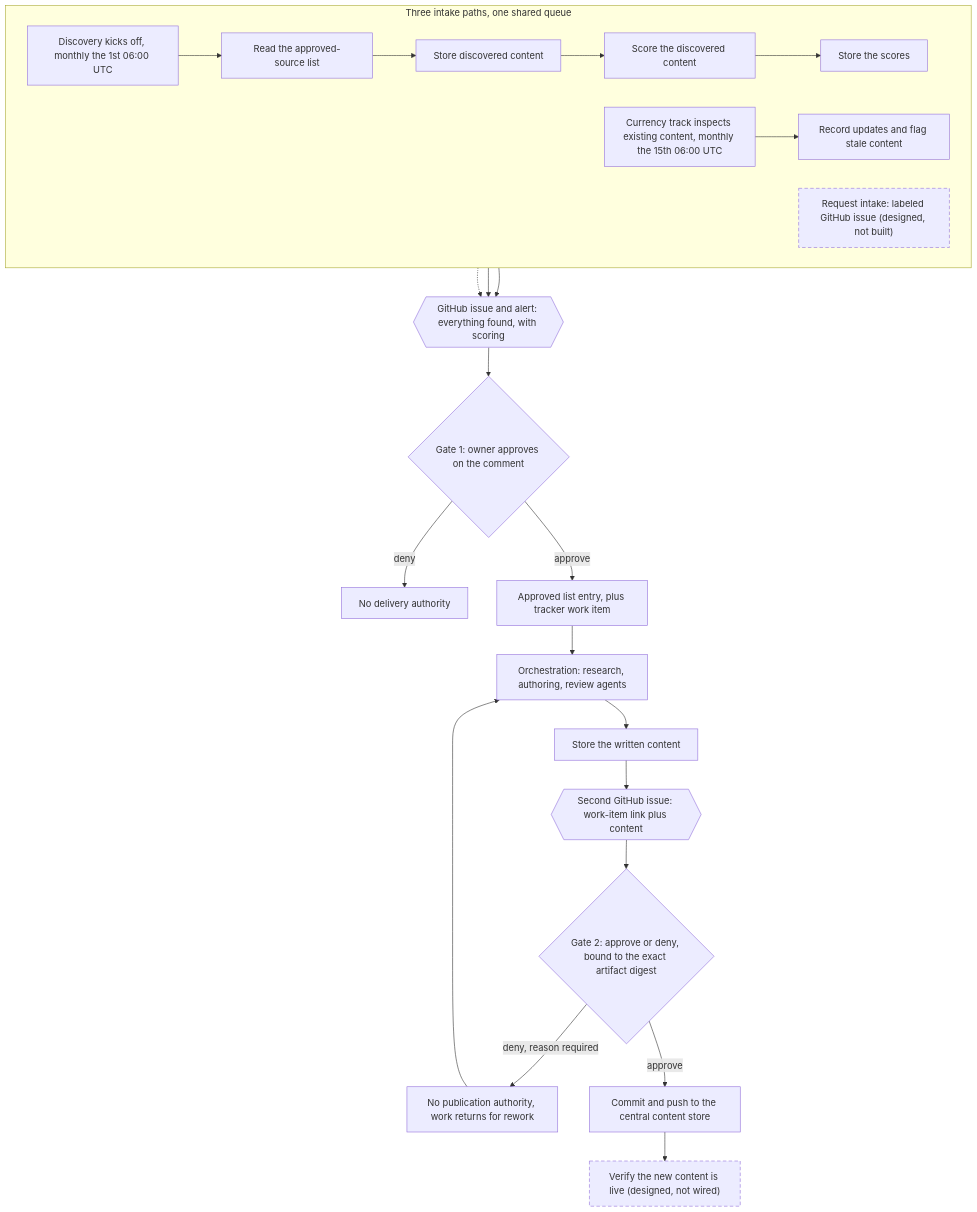
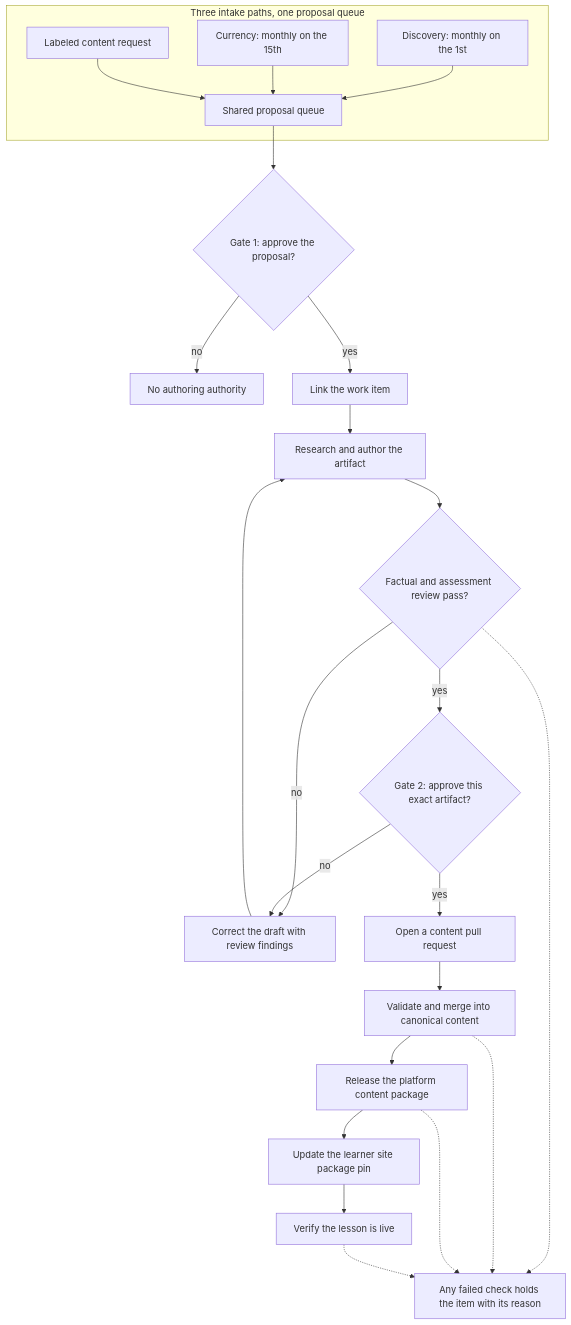
The diagram in content/diagrams/orchard-lifecycle.mmd (project42dev/project42-platform), drawn with Mermaid before and after one commit. The commit also changed 5 other files, not shown here.

Commit message:
(AB#7342) Include corrected catalog in platform release candidate

```diff
--- a/content/diagrams/orchard-lifecycle.mmd
+++ b/content/diagrams/orchard-lifecycle.mmd
@@ -1,36 +1,30 @@
 flowchart TD
     accTitle: The Orchard content lifecycle
-    accDescr: Discovery, currency inspection, and a designed request-intake path all feed one shared queue and one Gate 1 owner approval. Approved work moves through a research, authoring, and review ensemble to a second Gate 2 approval bound to the exact artifact digest, then commit, push, and a designed live-verification step. A Gate 2 denial returns the work for rework with a reason.
+    accDescr: Scheduled discovery, scheduled currency inspection, and content requests feed a shared proposal queue. Gate 1 authorizes authoring. Failed review returns work for correction. Gate 2 binds approval to an exact artifact. Publication, platform release, site deployment, and live verification are separate steps that can each hold until their evidence is complete.
 
-    subgraph INTAKE["Three intake paths, one shared queue"]
-        direction LR
-        kickoff["Discovery kicks off, monthly the 1st 06:00 UTC"] --> sources["Read the approved-source list"]
-        sources --> storeDiscovered["Store discovered content"]
-        storeDiscovered --> score["Score the discovered content"]
-        score --> storeScores["Store the scores"]
-
-        currencyInspect["Currency track inspects existing content, monthly the 15th 06:00 UTC"] --> currencyRecord["Record updates and flag stale content"]
-
-        requestIntake["Request intake: labeled GitHub issue (designed, not built)"]
+    subgraph INTAKE["Three intake paths, one proposal queue"]
+        discovery["Discovery: monthly on the 1st"] --> queue["Shared proposal queue"]
+        currency["Currency: monthly on the 15th"] --> queue
+        request["Labeled content request"] --> queue
     end
 
-    storeScores --> issue1{{"GitHub issue and alert: everything found, with scoring"}}
-    currencyRecord --> issue1
-    requestIntake -.-> issue1
+    queue --> gate1{"Gate 1: approve the proposal?"}
+    gate1 -->|no| stop1["No authoring authority"]
+    gate1 -->|yes| tracker["Link the work item"]
+    tracker --> author["Research and author the artifact"]
+    author --> review{"Factual and assessment review pass?"}
+    review -->|no| rework["Correct the draft with review findings"]
+    rework --> author
+    review -->|yes| gate2{"Gate 2: approve this exact artifact?"}
+    gate2 -->|no| rework
+    gate2 -->|yes| pull["Open a content pull request"]
+    pull --> merge["Validate and merge into canonical content"]
+    merge --> release["Release the platform content package"]
+    release --> deploy["Update the learner site package pin"]
+    deploy --> verify["Verify the lesson is live"]
 
-    issue1 --> gate1{"Gate 1: owner approves on the comment"}
-    gate1 -->|deny| noAuthority1["No delivery authority"]
-    gate1 -->|approve| approvedTracker["Approved list entry, plus tracker work item"]
-
-    approvedTracker --> orchestration["Orchestration: research, authoring, review agents"]
-    orchestration --> storeWritten["Store the written content"]
-    storeWritten --> issue2{{"Second GitHub issue: work-item link plus content"}}
-    issue2 --> gate2{"Gate 2: approve or deny, bound to the exact artifact digest"}
-    gate2 -->|deny, reason required| rework["No publication authority, work returns for rework"]
-    rework --> orchestration
-    gate2 -->|approve| commitPush["Commit and push to the central content store"]
-    commitPush --> verifyLive["Verify the new content is live (designed, not wired)"]
-
-    classDef pending stroke-dasharray: 6 4
-    class requestIntake pending
-    class verifyLive pending
+    hold["Any failed check holds the item with its reason"]
+    review -.-> hold
+    merge -.-> hold
+    release -.-> hold
+    verify -.-> hold
```
